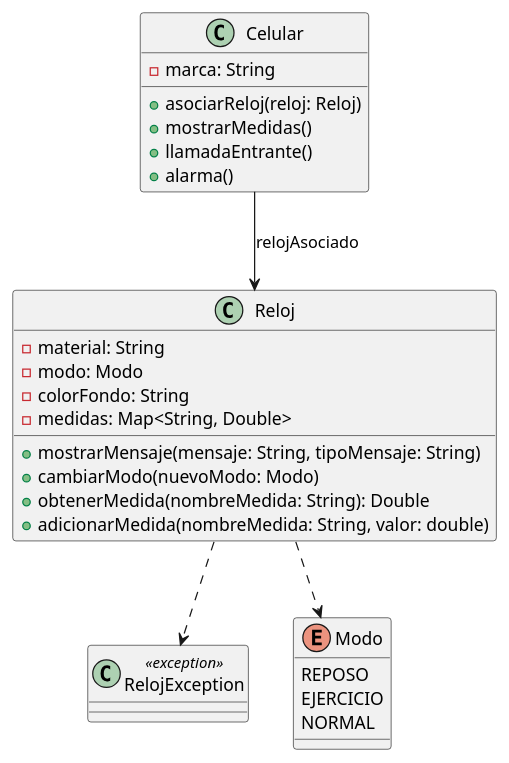
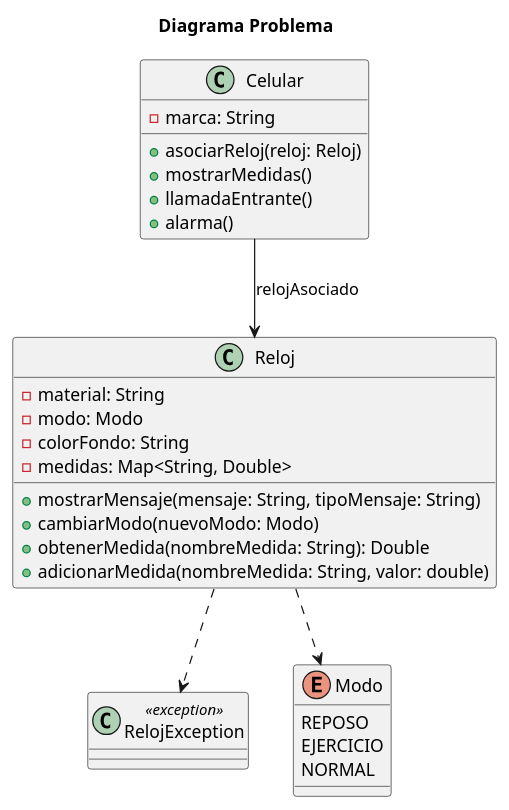
Before and after one commit to OverCV/PatronesSoftware: the diagram in state/problema.plantuml, drawn with PlantUML. The commit also changed 18 other files, not shown here.

```diff
--- a/state/problema.plantuml
+++ b/state/problema.plantuml
@@ -1,33 +1,36 @@
 @startuml
+
+title Diagrama Problema
+
 class Celular {
     -marca: String
     +asociarReloj(reloj: Reloj)
     +mostrarMedidas()
     +llamadaEntrante()
     +alarma()
 }
 
 class Reloj {
     -material: String
     -modo: Modo
     -colorFondo: String
     -medidas: Map<String, Double>
     +mostrarMensaje(mensaje: String, tipoMensaje: String)
     +cambiarModo(nuevoModo: Modo)
     +obtenerMedida(nombreMedida: String): Double
     +adicionarMedida(nombreMedida: String, valor: double)
 }
 
 class RelojException <<exception>> {
 }
 
 enum Modo {
     REPOSO
     EJERCICIO
     NORMAL
 }
 
 Celular --> Reloj : relojAsociado
 Reloj ..> RelojException
 Reloj ..> Modo
 @enduml
```
